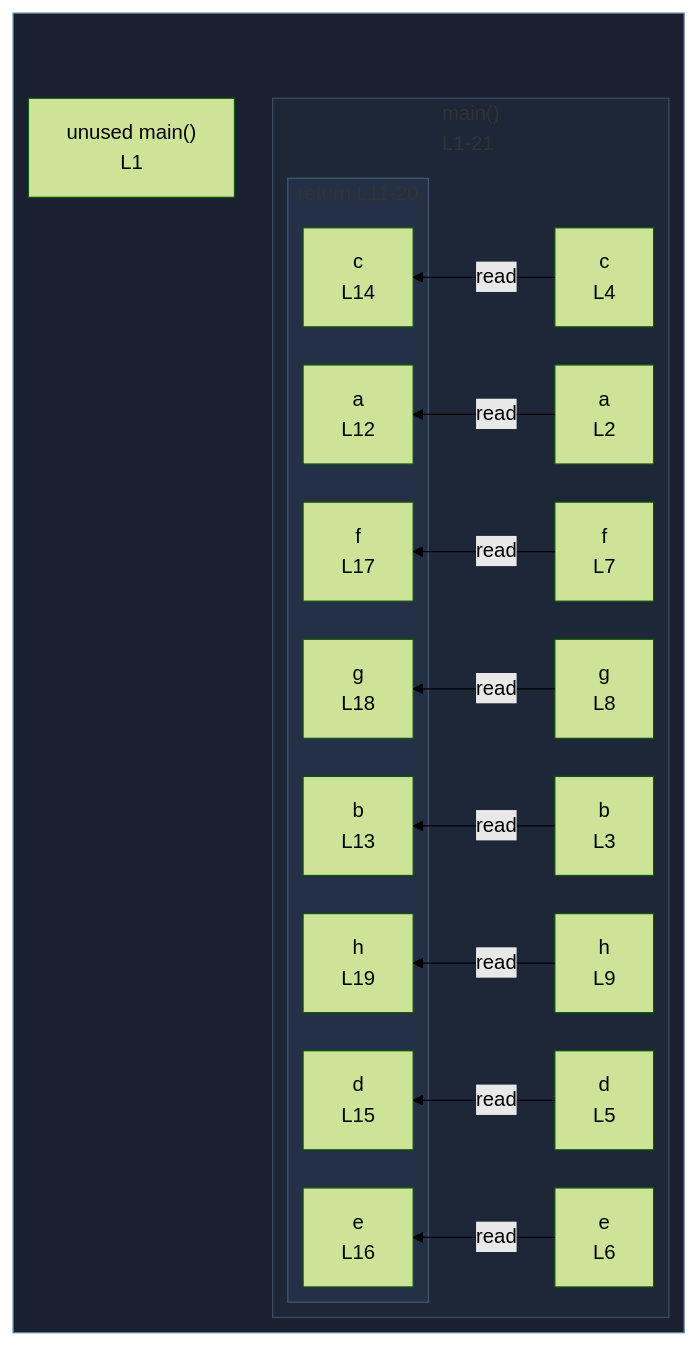
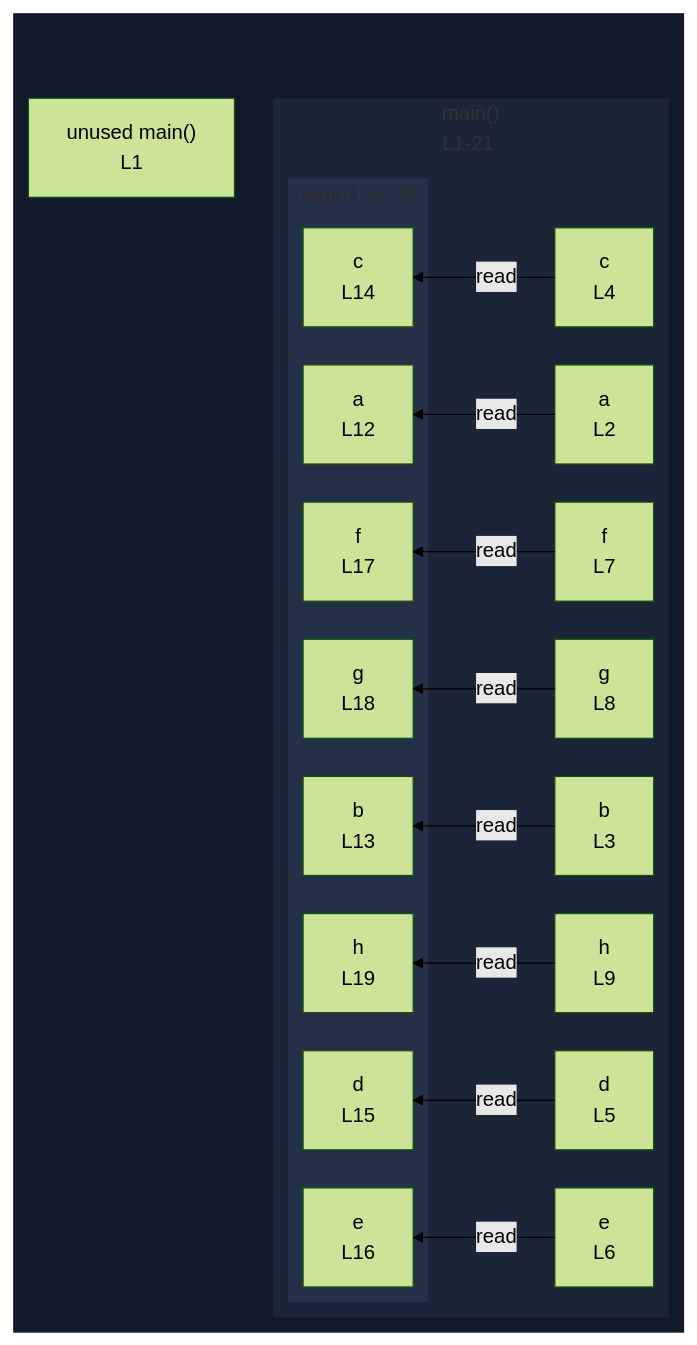
One commit to crescware/unsnarl changed the diagram in integration/fixtures/function/declaration/wide-return/preview.md. Above: the diagram before and after it, drawn with Mermaid (forest theme). The commit also changed 263 other files, not shown here.

First line of the commit message:
Drop fnWrap class and color function wrappers via the nest palette

````diff
--- a/integration/fixtures/function/declaration/wide-return/preview.md
+++ b/integration/fixtures/function/declaration/wide-return/preview.md
@@ -31,44 +31,44 @@
 ```mermaid
 %%{init: {"flowchart": {"defaultRenderer": "elk"}}}%%
 flowchart RL
   subgraph wrap_s_scope_1[" "]
     direction TB
     n_scope_0_main_9["unused main()<br/>L1"]
     subgraph s_scope_1["main()<br/>L1-21"]
       direction RL
       n_scope_1_a_26["a<br/>L2"]
       n_scope_1_b_43["b<br/>L3"]
       n_scope_1_c_60["c<br/>L4"]
       n_scope_1_d_77["d<br/>L5"]
       n_scope_1_e_94["e<br/>L6"]
       n_scope_1_f_111["f<br/>L7"]
       n_scope_1_g_128["g<br/>L8"]
       n_scope_1_h_145["h<br/>L9"]
       subgraph s_return_scope_0_main_9_157_226["return L11-20"]
         direction RL
         ret_use_ref_8["a<br/>L12"]
         ret_use_ref_9["b<br/>L13"]
         ret_use_ref_10["c<br/>L14"]
         ret_use_ref_11["d<br/>L15"]
         ret_use_ref_12["e<br/>L16"]
         ret_use_ref_13["f<br/>L17"]
         ret_use_ref_14["g<br/>L18"]
         ret_use_ref_15["h<br/>L19"]
       end
     end
   end
   n_scope_1_a_26 -->|read| ret_use_ref_8
   n_scope_1_b_43 -->|read| ret_use_ref_9
   n_scope_1_c_60 -->|read| ret_use_ref_10
   n_scope_1_d_77 -->|read| ret_use_ref_11
   n_scope_1_e_94 -->|read| ret_use_ref_12
   n_scope_1_f_111 -->|read| ret_use_ref_13
   n_scope_1_g_128 -->|read| ret_use_ref_14
   n_scope_1_h_145 -->|read| ret_use_ref_15
-  classDef fnWrap fill:#1a2030,stroke:#5a7d99;
-  class wrap_s_scope_1 fnWrap;
-  classDef nestL1 fill:#1e2738,stroke:#3d4a63;
-  class s_scope_1 nestL1;
-  classDef nestL2 fill:#233045,stroke:#475670;
-  class s_return_scope_0_main_9_157_226 nestL2;
+  classDef nestL1 fill:#11192a,stroke:transparent;
+  class wrap_s_scope_1 nestL1;
+  classDef nestL2 fill:#1a2538,stroke:transparent;
+  class s_scope_1 nestL2;
+  classDef nestL3 fill:#243047,stroke:transparent;
+  class s_return_scope_0_main_9_157_226 nestL3;
 ```
````
